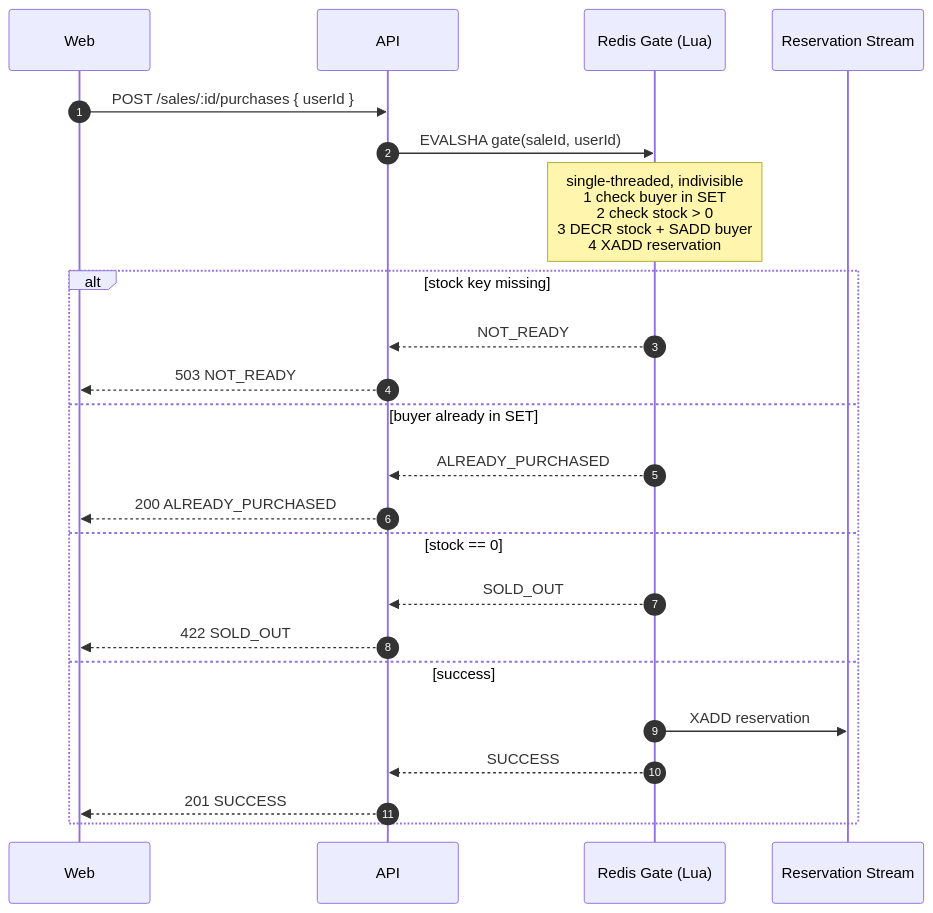
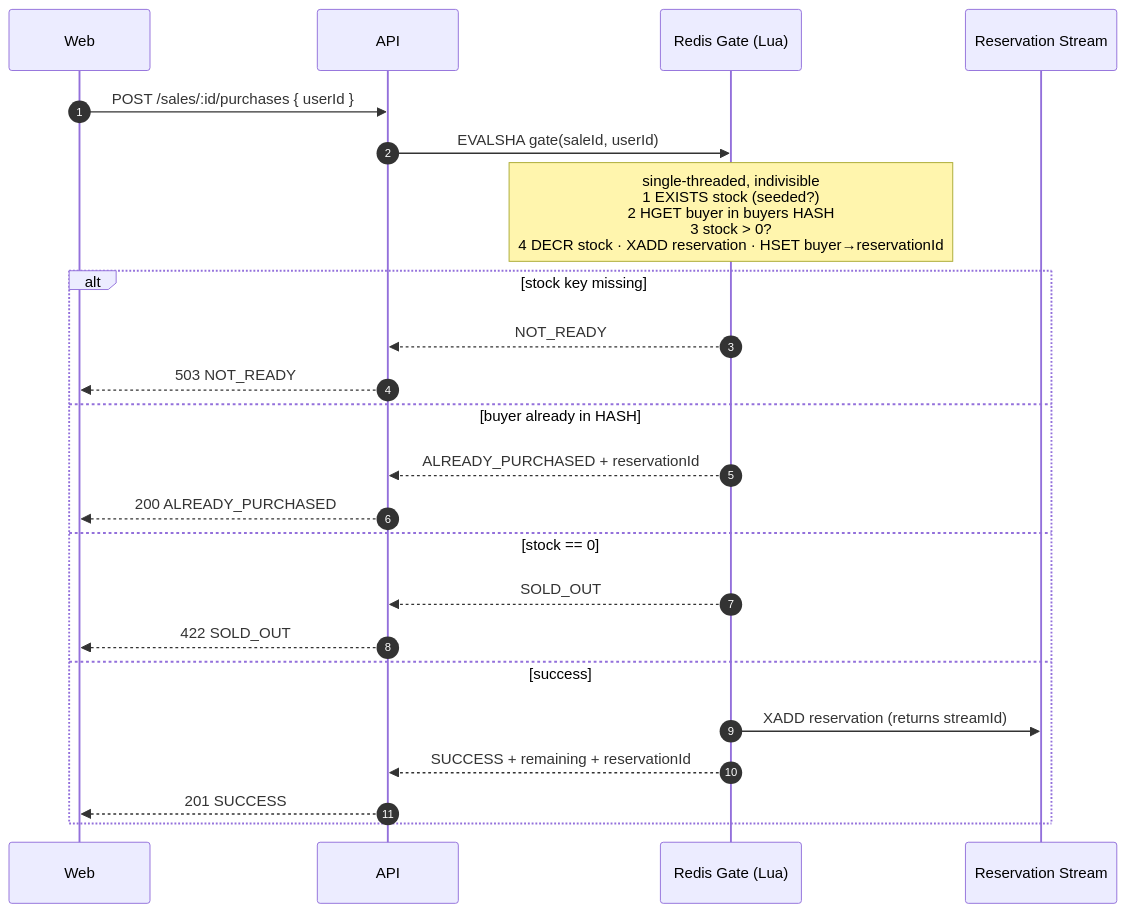
Before and after one commit to jayaregalinada/rush-sale-monorepo: the second of 4 diagrams in docs/architecture.md, drawn with Mermaid. The commit also changed other lines of this file and 1 other file, not shown here.

First line of the commit message:
docs: refresh architecture diagram to match current design

````diff
--- a/docs/architecture.md
+++ b/docs/architecture.md
@@ -50,26 +70,26 @@
 ```mermaid
 sequenceDiagram
     autonumber
     participant W as Web
     participant A as API
     participant G as Redis Gate (Lua)
     participant S as Reservation Stream
 
     W->>A: POST /sales/:id/purchases { userId }
     A->>G: EVALSHA gate(saleId, userId)
-    Note over G: single-threaded, indivisible<br/>1 check buyer in SET<br/>2 check stock > 0<br/>3 DECR stock + SADD buyer<br/>4 XADD reservation
+    Note over G: single-threaded, indivisible<br/>1 EXISTS stock (seeded?)<br/>2 HGET buyer in buyers HASH<br/>3 stock > 0?<br/>4 DECR stock · XADD reservation · HSET buyer→reservationId
     alt stock key missing
         G-->>A: NOT_READY
         A-->>W: 503 NOT_READY
-    else buyer already in SET
-        G-->>A: ALREADY_PURCHASED
+    else buyer already in HASH
+        G-->>A: ALREADY_PURCHASED + reservationId
         A-->>W: 200 ALREADY_PURCHASED
     else stock == 0
         G-->>A: SOLD_OUT
         A-->>W: 422 SOLD_OUT
     else success
-        G->>S: XADD reservation
-        G-->>A: SUCCESS
+        G->>S: XADD reservation (returns streamId)
+        G-->>A: SUCCESS + remaining + reservationId
         A-->>W: 201 SUCCESS
     end
 ```
````
